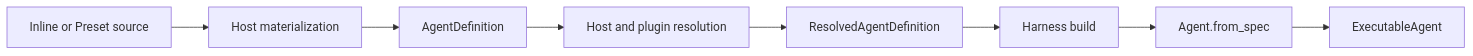
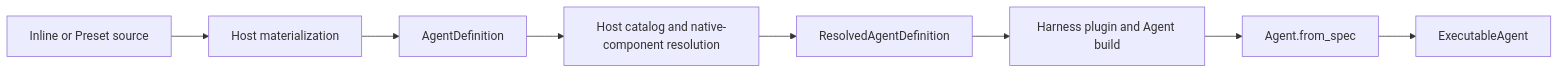
Before and after one commit to LTThreeComma/agent-foundation: the first of 3 diagrams in spec/agent-harness/03-agent-definition-and-build.md, drawn with Mermaid. The commit also changed other lines of this file and 21 other files, not shown here.

First line of the commit message:
feat(harness): define first-class plugin lifecycle

````diff
--- a/spec/agent-harness/03-agent-definition-and-build.md
+++ b/spec/agent-harness/03-agent-definition-and-build.md
@@ -9,10 +9,10 @@
 ```mermaid
 flowchart LR
     Input[Inline or Preset source] --> Materialize[Host materialization]
     Materialize --> Definition[AgentDefinition]
-    Definition --> Resolve[Host and plugin resolution]
+    Definition --> Resolve[Host catalog and native-component resolution]
     Resolve --> Resolved[ResolvedAgentDefinition]
-    Resolved --> Build[Harness build]
+    Resolved --> Build[Harness plugin and Agent build]
     Build --> PAI[Agent.from_spec]
     PAI --> Executable[ExecutableAgent]
 ```
````
